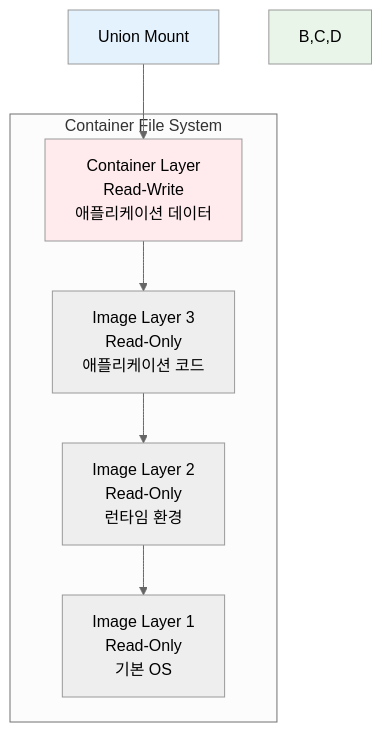
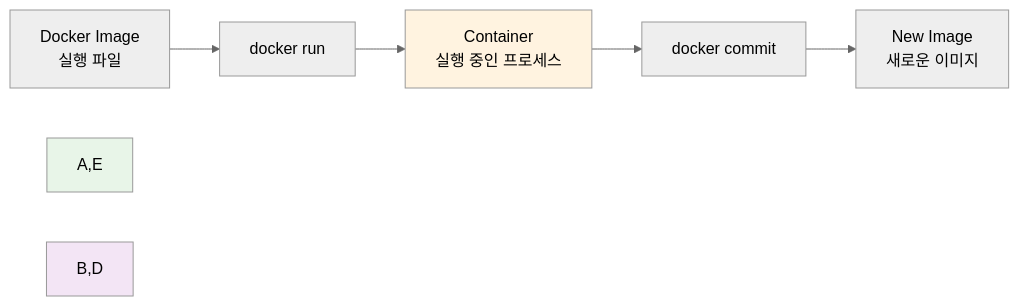
One commit to niceguy61/kdt_devops_lecture_2025 changed the second of 3 diagrams in theory/week_01/day2/session_2.md. Above: the diagram before and after it, drawn with Mermaid (neutral theme). The commit also changed other lines of this file and 26 other files, not shown here.

````diff
--- a/theory/week_01/day2/session_2.md
+++ b/theory/week_01/day2/session_2.md
@@ -155,19 +74,11 @@
 ```mermaid
-graph TB
-    subgraph "Container File System"
-        A[Container Layer<br/>Read-Write<br/>애플리케이션 데이터]
-        B[Image Layer 3<br/>Read-Only<br/>애플리케이션 코드]
-        C[Image Layer 2<br/>Read-Only<br/>런타임 환경]
-        D[Image Layer 1<br/>Read-Only<br/>기본 OS]
-    end
+graph LR
+    A[Docker Image<br/>실행 파일] --> B[docker run]
+    B --> C[Container<br/>실행 중인 프로세스]
+    C --> D[docker commit]
+    D --> E[New Image<br/>새로운 이미지]
     
-    A --> B
-    B --> C
-    C --> D
-    
-    E[Union Mount] --> A
-    
-    style A fill:#ffebee
-    style B,C,D fill:#e8f5e8
-    style E fill:#e3f2fd
+    style A,E fill:#e8f5e8
+    style C fill:#fff3e0
+    style B,D fill:#f3e5f5
 ```
````
